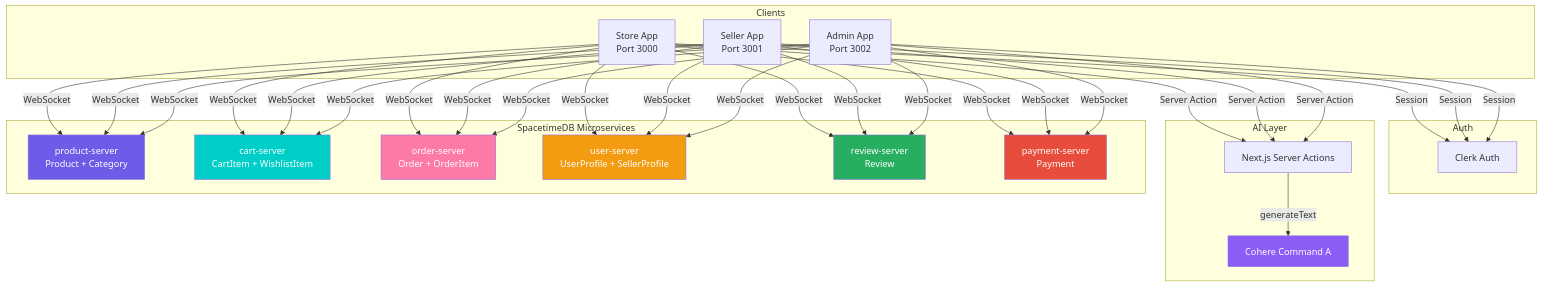
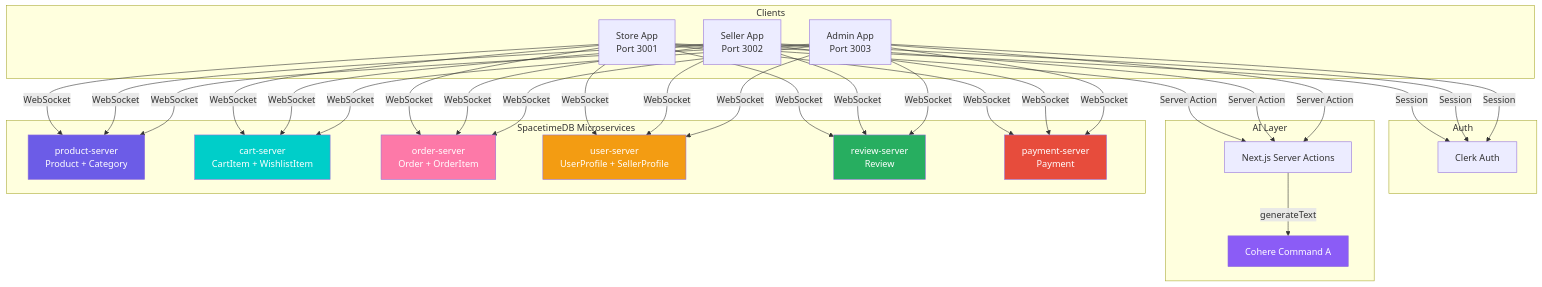
One commit to littlestmoe/neuro-cart changed the second of 8 diagrams in README.md. Above: the diagram before and after it, drawn with Mermaid. The commit also changed other lines of this file and 27 other files, not shown here.

````diff
--- a/README.md
+++ b/README.md
@@ -91,39 +124,39 @@
 ```mermaid
 graph TB
     subgraph Clients
-        ST[Store App<br/>Port 3000]
-        SE[Seller App<br/>Port 3001]
-        AD[Admin App<br/>Port 3002]
+        ST[Store App<br/>Port 3001]
+        SE[Seller App<br/>Port 3002]
+        AD[Admin App<br/>Port 3003]
     end
 
     subgraph Auth
         CK[Clerk Auth]
     end
 
     subgraph AI Layer
         SA[Next.js Server Actions]
         CO[Cohere Command A]
     end
 
     subgraph SpacetimeDB Microservices
         PS[product-server<br/>Product + Category]
         CS[cart-server<br/>CartItem + WishlistItem]
         OS[order-server<br/>Order + OrderItem]
         US[user-server<br/>UserProfile + SellerProfile]
         RS[review-server<br/>Review]
         PMS[payment-server<br/>Payment]
     end
 
     ST & SE & AD -->|WebSocket| PS & CS & OS & US & RS & PMS
     ST & SE & AD -->|Session| CK
     ST & SE & AD -->|Server Action| SA
     SA -->|generateText| CO
 
     style PS fill:#6c5ce7,color:#fff
     style CS fill:#00cec9,color:#fff
     style OS fill:#fd79a8,color:#fff
     style US fill:#f39c12,color:#fff
     style RS fill:#27ae60,color:#fff
     style PMS fill:#e74c3c,color:#fff
     style CO fill:#8b5cf6,color:#fff
 ```
````
